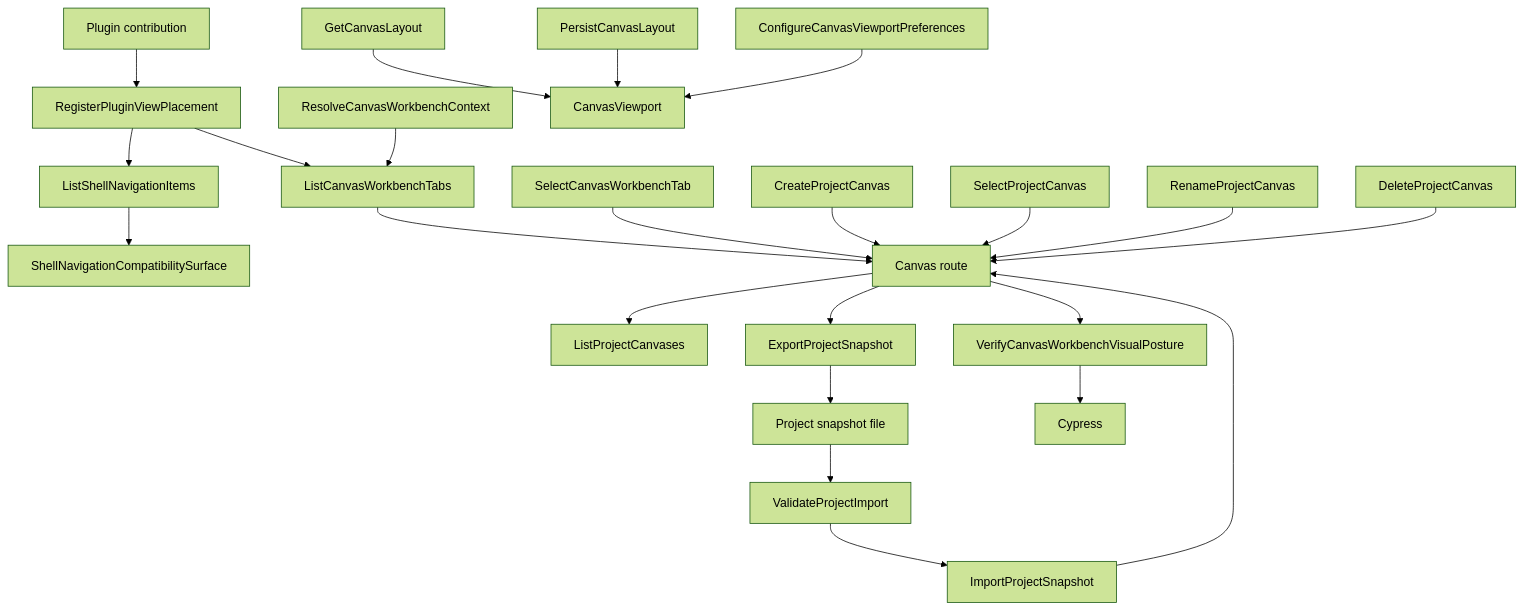
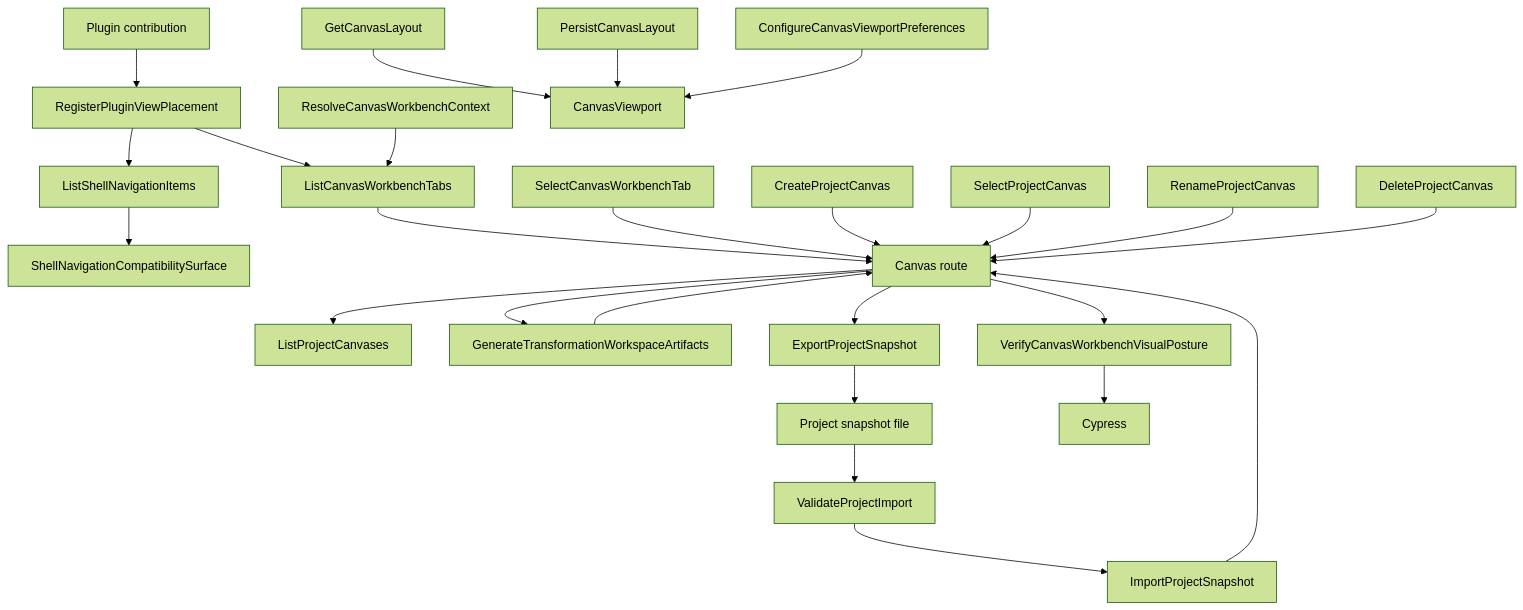
One commit to dunay2/dvt changed the diagram in docs/architecture/components/web/graph/canvas-workbench-command-query-catalog.md. Above: the diagram before and after it, drawn with Mermaid (forest theme). The commit also changed other lines of this file and 17 other files, not shown here.

````diff
--- a/docs/architecture/components/web/graph/canvas-workbench-command-query-catalog.md
+++ b/docs/architecture/components/web/graph/canvas-workbench-command-query-catalog.md
@@ -160,49 +163,52 @@
 ```mermaid
 flowchart TD
   Plugin["Plugin contribution"]
   Placement["RegisterPluginViewPlacement"]
   ShellQuery["ListShellNavigationItems"]
   CanvasQuery["ListCanvasWorkbenchTabs"]
   CanvasContext["ResolveCanvasWorkbenchContext"]
   SelectTab["SelectCanvasWorkbenchTab"]
   LayoutQuery["GetCanvasLayout"]
   LayoutCommand["PersistCanvasLayout"]
   Prefs["ConfigureCanvasViewportPreferences"]
   CanvasList["ListProjectCanvases"]
   CanvasCreate["CreateProjectCanvas"]
   CanvasSelect["SelectProjectCanvas"]
   CanvasRename["RenameProjectCanvas"]
   CanvasDelete["DeleteProjectCanvas"]
+  GenerateTransformation["GenerateTransformationWorkspaceArtifacts"]
   ExportSnapshot["ExportProjectSnapshot"]
   ValidateImport["ValidateProjectImport"]
   ImportSnapshot["ImportProjectSnapshot"]
   VisualProof["VerifyCanvasWorkbenchVisualPosture"]
   Shell["ShellNavigationCompatibilitySurface"]
   Canvas["Canvas route"]
   Viewport["CanvasViewport"]
   File["Project snapshot file"]
   Cypress["Cypress"]
 
   Plugin --> Placement
   Placement --> ShellQuery
   Placement --> CanvasQuery
   ShellQuery --> Shell
   CanvasContext --> CanvasQuery
   CanvasQuery --> Canvas
   SelectTab --> Canvas
   LayoutQuery --> Viewport
   LayoutCommand --> Viewport
   Prefs --> Viewport
   Canvas --> CanvasList
   CanvasCreate --> Canvas
   CanvasSelect --> Canvas
   CanvasRename --> Canvas
   CanvasDelete --> Canvas
+  Canvas --> GenerateTransformation
+  GenerateTransformation --> Canvas
   Canvas --> ExportSnapshot
   ExportSnapshot --> File
   File --> ValidateImport
   ValidateImport --> ImportSnapshot
   ImportSnapshot --> Canvas
   Canvas --> VisualProof
   VisualProof --> Cypress
 ```
````
